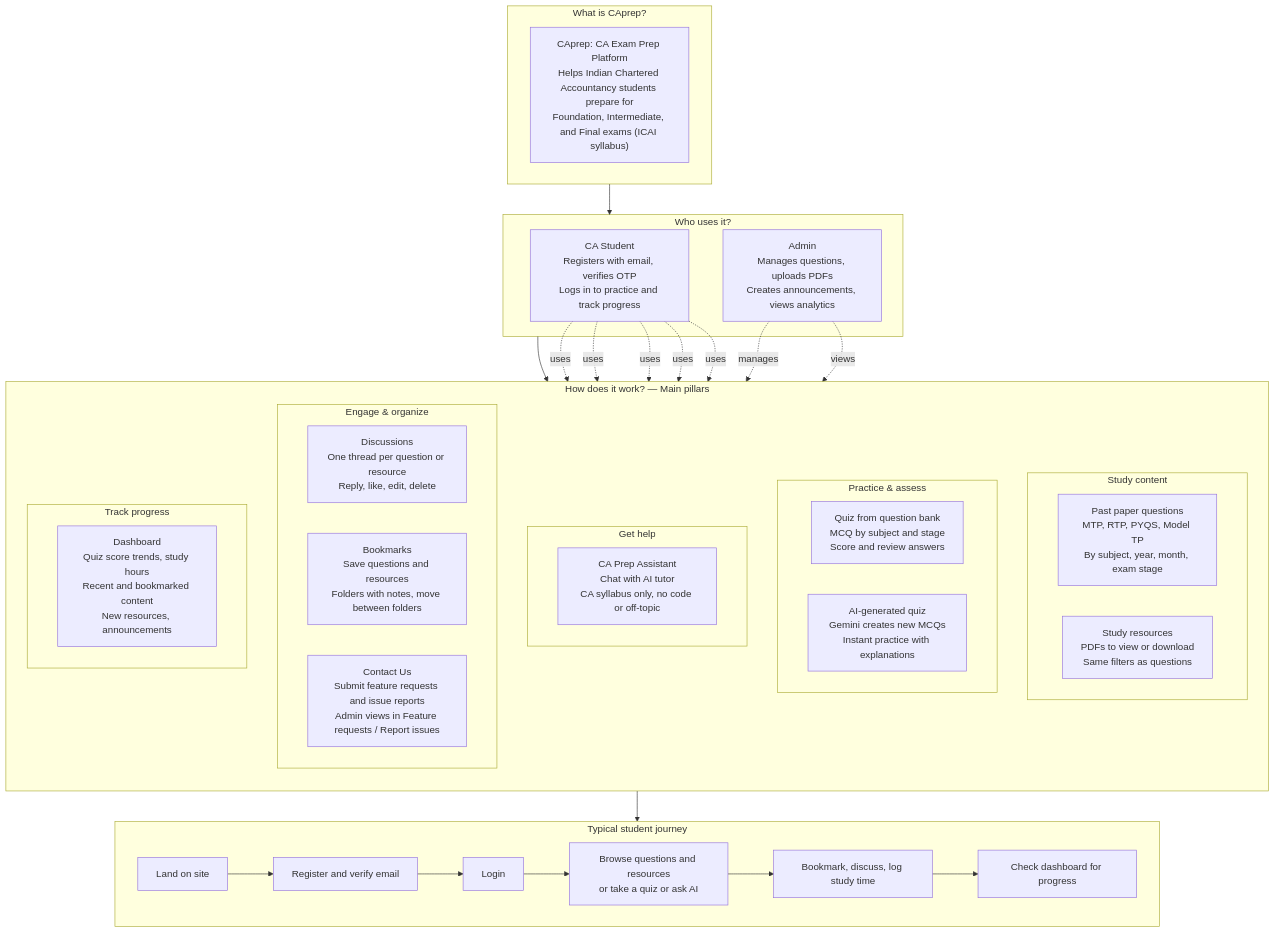
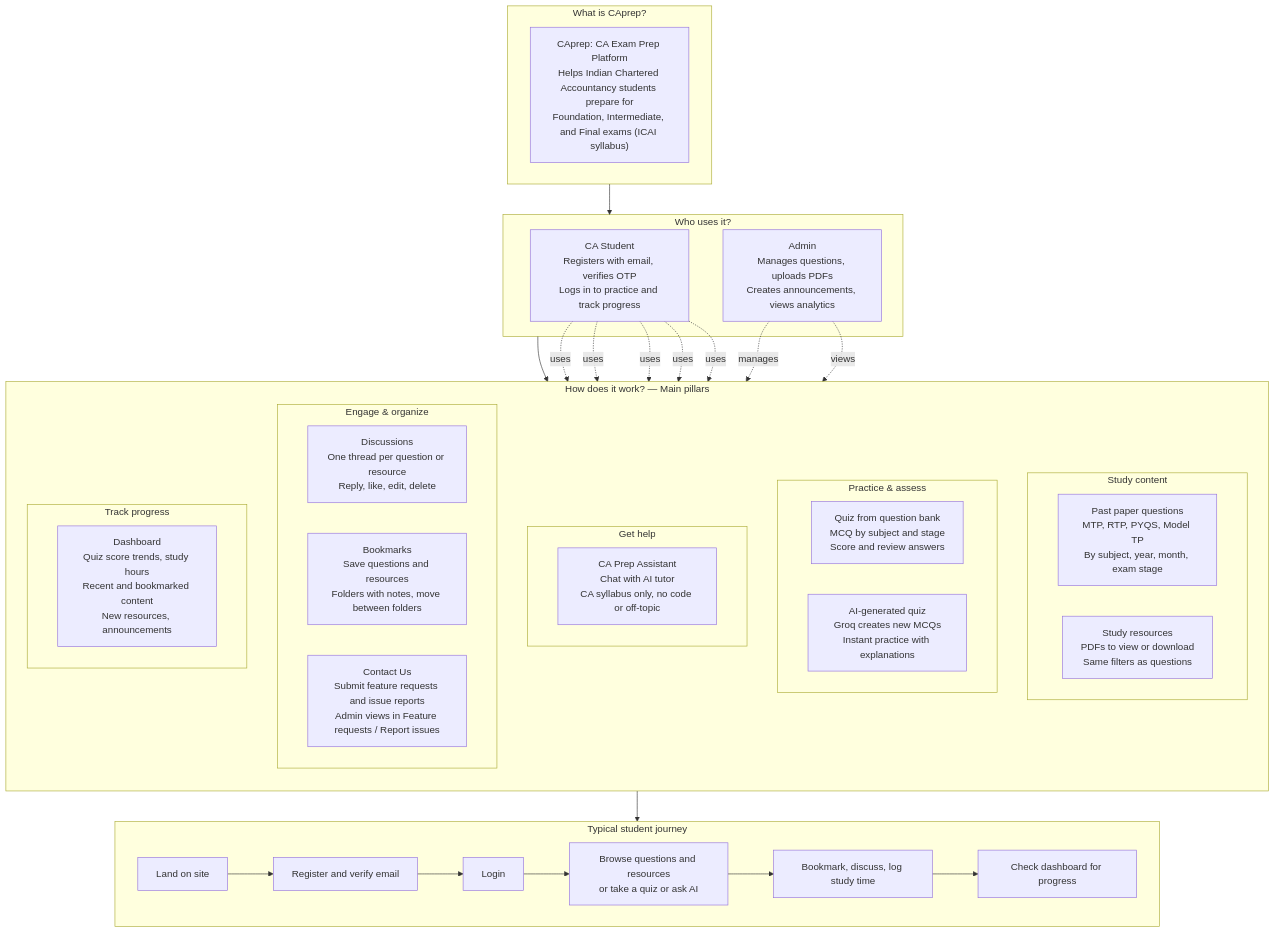
Before and after one commit to TheVish04/CAprep: the first of 6 diagrams in README.md, drawn with Mermaid. The commit also changed other lines of this file and 4 other files, not shown here.

````diff
--- a/README.md
+++ b/README.md
@@ -150,56 +150,56 @@
 ```mermaid
 flowchart TB
     subgraph What["What is CAprep?"]
         Purpose["CAprep: CA Exam Prep Platform<br/>Helps Indian Chartered Accountancy students prepare for<br/>Foundation, Intermediate, and Final exams (ICAI syllabus)"]
     end
 
     subgraph Who["Who uses it?"]
         Student["CA Student<br/>Registers with email, verifies OTP<br/>Logs in to practice and track progress"]
         Admin["Admin<br/>Manages questions, uploads PDFs<br/>Creates announcements, views analytics"]
     end
 
     subgraph How["How does it work? — Main pillars"]
         direction TB
         subgraph Content["Study content"]
             Q["Past paper questions<br/>MTP, RTP, PYQS, Model TP<br/>By subject, year, month, exam stage"]
             R["Study resources<br/>PDFs to view or download<br/>Same filters as questions"]
         end
         subgraph Practice["Practice & assess"]
             QuizBank["Quiz from question bank<br/>MCQ by subject and stage<br/>Score and review answers"]
-            AIQuiz["AI-generated quiz<br/>Gemini creates new MCQs<br/>Instant practice with explanations"]
+            AIQuiz["AI-generated quiz<br/>Groq creates new MCQs<br/>Instant practice with explanations"]
         end
         subgraph Help["Get help"]
             AIChat["CA Prep Assistant<br/>Chat with AI tutor<br/>CA syllabus only, no code or off-topic"]
         end
         subgraph Engage["Engage & organize"]
             Discuss["Discussions<br/>One thread per question or resource<br/>Reply, like, edit, delete"]
             Bookmark["Bookmarks<br/>Save questions and resources<br/>Folders with notes, move between folders"]
             Contact["Contact Us<br/>Submit feature requests and issue reports<br/>Admin views in Feature requests / Report issues"]
         end
         subgraph Track["Track progress"]
             Dash["Dashboard<br/>Quiz score trends, study hours<br/>Recent and bookmarked content<br/>New resources, announcements"]
         end
     end
 
     subgraph Flow["Typical student journey"]
         F1["Land on site"]
         F2["Register and verify email"]
         F3["Login"]
         F4["Browse questions and resources<br/>or take a quiz or ask AI"]
         F5["Bookmark, discuss, log study time"]
         F6["Check dashboard for progress"]
         F1 --> F2 --> F3 --> F4 --> F5 --> F6
     end
 
     What --> Who
     Who --> How
     How --> Flow
 
     Student -.->|uses| Content
     Student -.->|uses| Practice
     Student -.->|uses| Help
     Student -.->|uses| Engage
     Student -.->|uses| Track
     Admin -.->|manages| Content
     Admin -.->|views| Track
 ```
````
